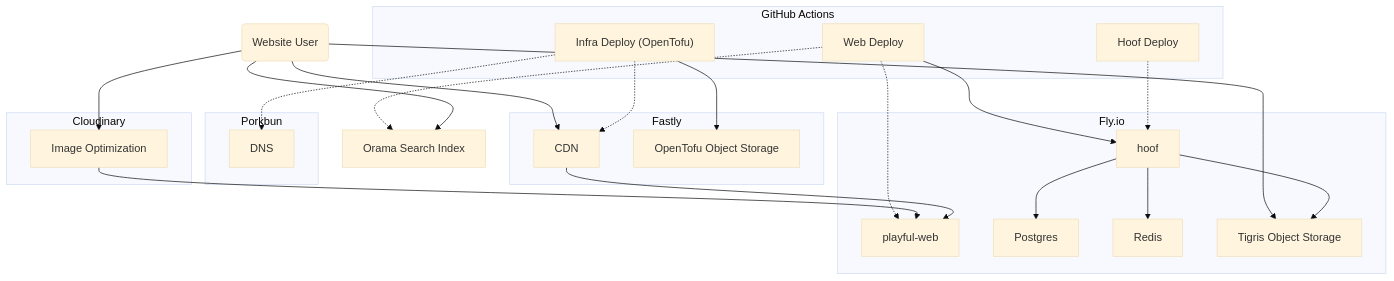
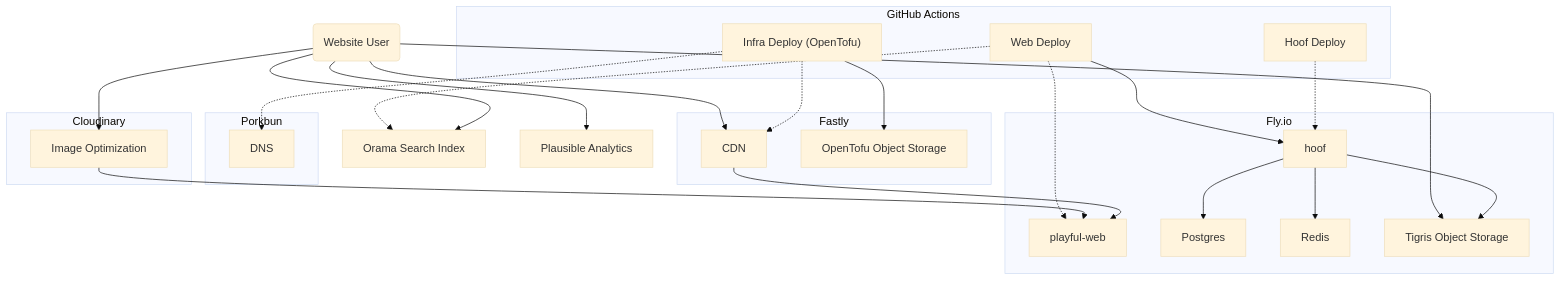
The diagram in README.md (playfulprogramming/playfulprogramming-infra), drawn with Mermaid (base theme) before and after one commit. The commit also changed 2 other files, not shown here.

Commit message:
various configuration changes

````diff
--- a/README.md
+++ b/README.md
@@ -18,53 +18,56 @@
 ```mermaid
 flowchart TD
     WebUser@{ shape: rounded, label: "Website User" }
 
     subgraph "Cloudinary"
     ImageOptimization["Image Optimization"]
     end
 
     subgraph "GitHub Actions"
     WebDeploy["Web Deploy"]
     HoofDeploy["Hoof Deploy"]
     OpenTofu["Infra Deploy (OpenTofu)"]
     end
 
     subgraph "Fastly"
     CDN
     OpenTofuObjectStorage["OpenTofu Object Storage"]
     end
 
     subgraph "Porkbun"
     DNS
     end
 
     subgraph "Fly.io"
     WebMachine["playful-web"]
     HoofMachine["hoof"]
     Postgres
     Redis
     Tigris["Tigris Object Storage"]
     end
 
     Orama["Orama Search Index"]
 
+	Plausible["Plausible Analytics"]
+
     WebDeploy -.-> Orama
     WebDeploy -.-> WebMachine
     WebDeploy --> HoofMachine
     HoofDeploy -.-> HoofMachine
 
     WebUser --> Orama
     WebUser --> CDN
     WebUser --> Tigris
     WebUser --> ImageOptimization --> WebMachine
+	WebUser --> Plausible
 
     CDN --> WebMachine
 
     HoofMachine --> Tigris
     HoofMachine --> Postgres
     HoofMachine --> Redis
 
     OpenTofu --> OpenTofuObjectStorage
     OpenTofu -.-> CDN
     OpenTofu -.-> DNS
 ```
````
